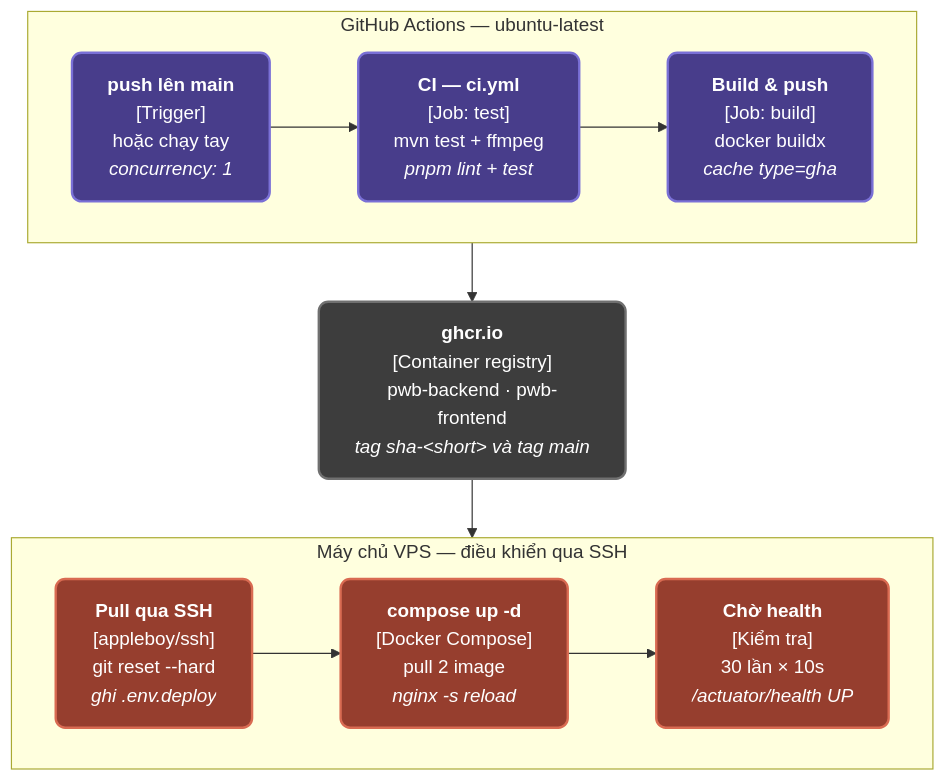
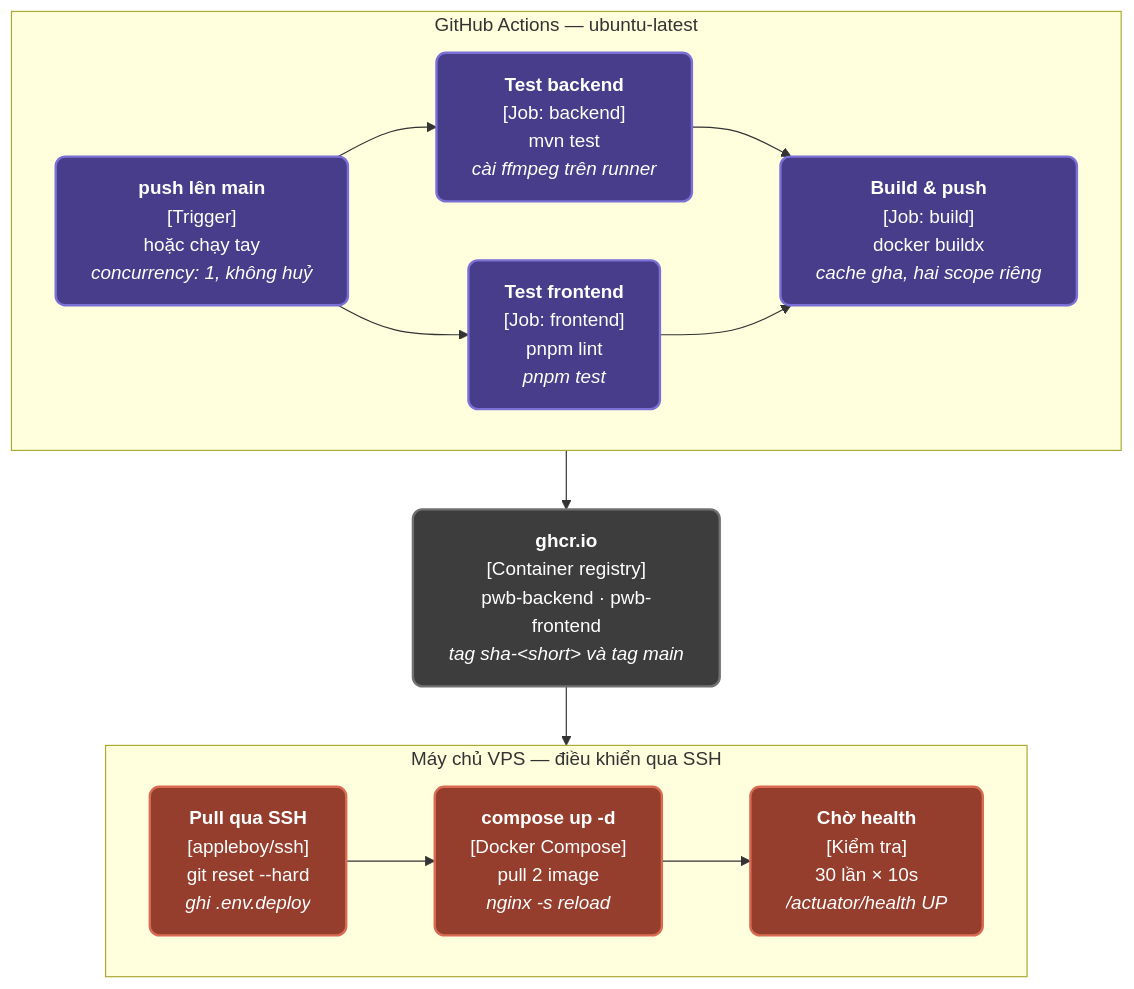
One commit to NguyenDucHoangNam/PWB_Mini changed the diagram in docs/diagram/cicd_pipeline_ghcr_to_vps.md. Above: the diagram before and after it, drawn with Mermaid. The commit also changed other lines of this file and 11 other files, not shown here.

Commit message:
feat(showcase): expand interactive technical diagrams for containers, backend layers, and infra

````diff
--- a/docs/diagram/cicd_pipeline_ghcr_to_vps.md
+++ b/docs/diagram/cicd_pipeline_ghcr_to_vps.md
@@ -9,31 +9,34 @@
 ```mermaid
 graph TD
     classDef appBox fill:#483D8B,stroke:#7A70D6,stroke-width:2px,color:#FFFFFF,rx:8px,ry:8px;
     classDef registryBox fill:#3D3D3D,stroke:#707070,stroke-width:2px,color:#FFFFFF,rx:8px,ry:8px;
     classDef vpsBox fill:#963E2E,stroke:#D96B52,stroke-width:2px,color:#FFFFFF,rx:8px,ry:8px;
 
     subgraph GHA ["GitHub Actions — ubuntu-latest"]
         direction LR
-        TRIGGER["<b>push lên main</b><br/>[Trigger]<br/>hoặc chạy tay<br/><i>concurrency: 1</i>"]:::appBox
-        CI["<b>CI — ci.yml</b><br/>[Job: test]<br/>mvn test + ffmpeg<br/><i>pnpm lint + test</i>"]:::appBox
-        BUILD["<b>Build & push</b><br/>[Job: build]<br/>docker buildx<br/><i>cache type=gha</i>"]:::appBox
+        TRIGGER["<b>push lên main</b><br/>[Trigger]<br/>hoặc chạy tay<br/><i>concurrency: 1, không huỷ</i>"]:::appBox
+        CI_BE["<b>Test backend</b><br/>[Job: backend]<br/>mvn test<br/><i>cài ffmpeg trên runner</i>"]:::appBox
+        CI_FE["<b>Test frontend</b><br/>[Job: frontend]<br/>pnpm lint<br/><i>pnpm test</i>"]:::appBox
+        BUILD["<b>Build & push</b><br/>[Job: build]<br/>docker buildx<br/><i>cache gha, hai scope riêng</i>"]:::appBox
 
-        TRIGGER --> CI
-        CI --> BUILD
+        TRIGGER --> CI_BE
+        TRIGGER --> CI_FE
+        CI_BE --> BUILD
+        CI_FE --> BUILD
     end
 
     GHCR["<b>ghcr.io</b><br/>[Container registry]<br/>pwb-backend · pwb-frontend<br/><i>tag sha-&lt;short&gt; và tag main</i>"]:::registryBox
 
     subgraph VPS_DEPLOY ["Máy chủ VPS — điều khiển qua SSH"]
         direction LR
         PULL["<b>Pull qua SSH</b><br/>[appleboy/ssh]<br/>git reset --hard<br/><i>ghi .env.deploy</i>"]:::vpsBox
         UP["<b>compose up -d</b><br/>[Docker Compose]<br/>pull 2 image<br/><i>nginx -s reload</i>"]:::vpsBox
         HEALTH["<b>Chờ health</b><br/>[Kiểm tra]<br/>30 lần × 10s<br/><i>/actuator/health UP</i>"]:::vpsBox
 
         PULL --> UP
         UP --> HEALTH
     end
 
     BUILD --> GHCR
     GHCR --> PULL
 ```
````
